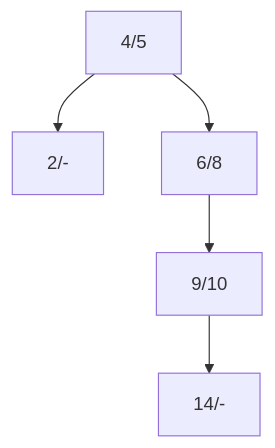
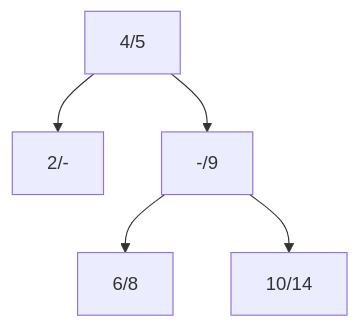
The seventh of 7 diagrams in Lab3/Lab3_B-Tree_Exercise.md (chdonncha/Advanced-Databases), drawn with Mermaid before and after one commit. The commit also changed other lines of this file, not shown here.

````diff
--- a/Lab3/Lab3_B-Tree_Exercise.md
+++ b/Lab3/Lab3_B-Tree_Exercise.md
@@ -55,7 +55,7 @@
 ```{mermaid}
   graph TD
     4/5 --> 2/-
-    4/5 --> 6/8
-    6/8 --> 9/10
-    9/10 --> 14/-
+    4/5 --> -/9
+    -/9 --> 6/8
+    -/9 --> 10/14
 ```
````
